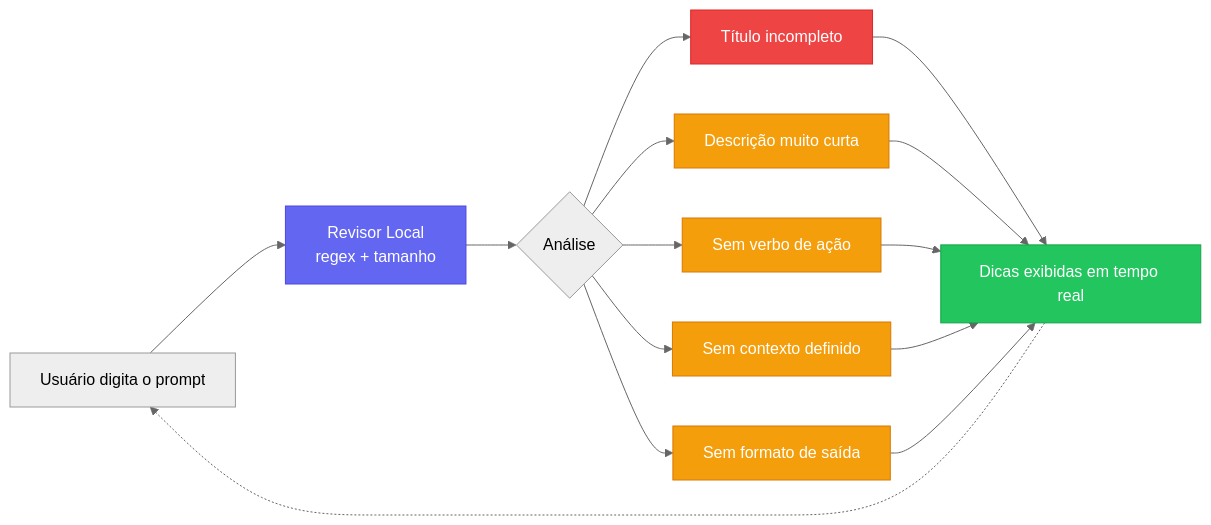
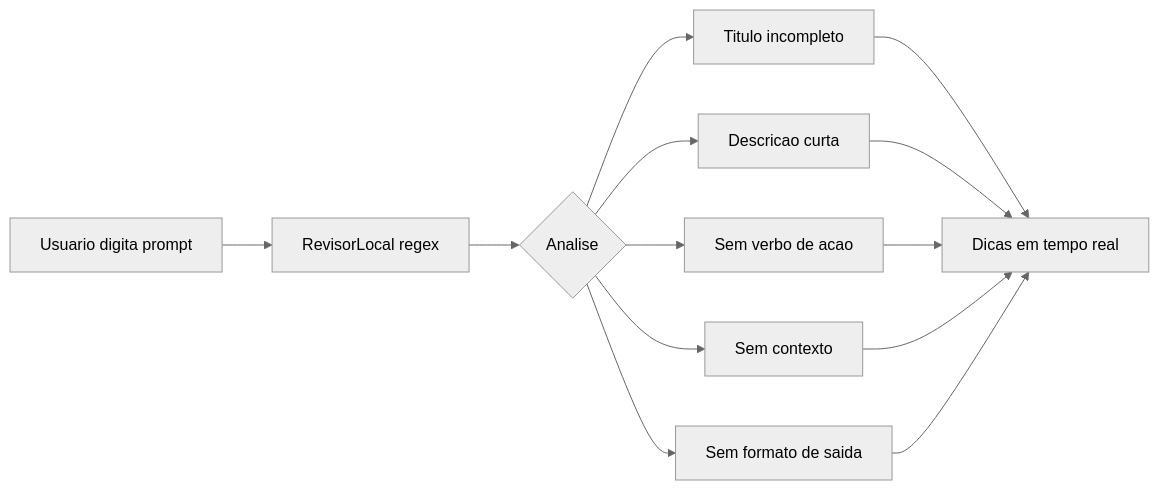
The eighth of 10 diagrams in README.md (nataliarosa88/marketplace-de-prompts), drawn with Mermaid (neutral theme) before and after one commit. The commit also changed other lines of this file and 31 other files, not shown here.

First line of the commit message:
Remove auth flow and switch admin to secret URL.

````diff
--- a/README.md
+++ b/README.md
@@ -403,22 +301,15 @@
 ```mermaid
 flowchart LR
-    A[Usuário digita o prompt] --> B[Revisor Local\nregex + tamanho]
-
-    B --> C{Análise}
-    C --> D[Título incompleto]
-    C --> E[Descrição muito curta]
-    C --> F[Sem verbo de ação]
-    C --> G[Sem contexto definido]
-    C --> H[Sem formato de saída]
-
-    D & E & F & G & H --> I[Dicas exibidas em tempo real]
-    I -.-> A
-
-    style B fill:#6366f1,color:#fff,stroke:#4f46e5
-    style I fill:#22c55e,color:#fff,stroke:#16a34a
-    style D fill:#ef4444,color:#fff,stroke:#dc2626
-    style E fill:#f59e0b,color:#fff,stroke:#d97706
-    style F fill:#f59e0b,color:#fff,stroke:#d97706
-    style G fill:#f59e0b,color:#fff,stroke:#d97706
-    style H fill:#f59e0b,color:#fff,stroke:#d97706
+    A[Usuario digita prompt] --> B[RevisorLocal regex]
+    B --> C{Analise}
+    C --> D[Titulo incompleto]
+    C --> E[Descricao curta]
+    C --> F[Sem verbo de acao]
+    C --> G[Sem contexto]
+    C --> H[Sem formato de saida]
+    D --> I[Dicas em tempo real]
+    E --> I
+    F --> I
+    G --> I
+    H --> I
 ```
````
